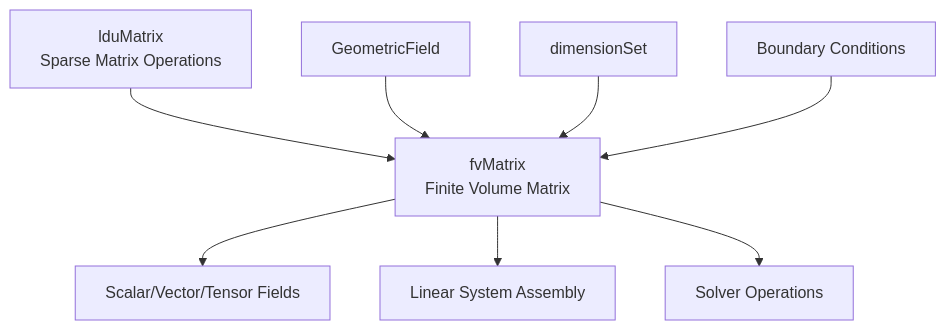
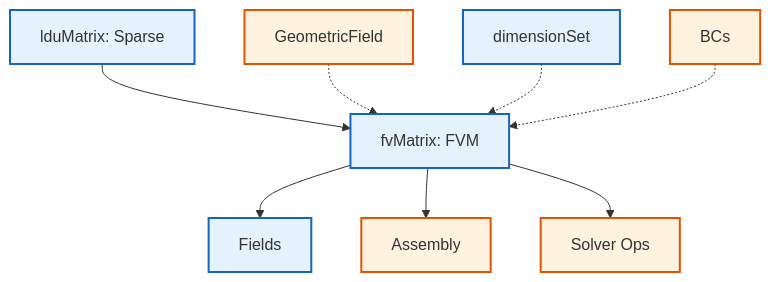
Before and after one commit to wramet/build-my-cfd: the first of 2 diagrams in MODULE_05_OPENFOAM_PROGRAMMING/CONTENT/06_MATRICES_LINEARALGEBRA/03_fvMatrix_Architecture.md, drawn with Mermaid. The commit also changed other lines of this file and 313 other files, not shown here.

Commit message:
Revise all diagram

````diff
--- a/MODULE_05_OPENFOAM_PROGRAMMING/CONTENT/06_MATRICES_LINEARALGEBRA/03_fvMatrix_Architecture.md
+++ b/MODULE_05_OPENFOAM_PROGRAMMING/CONTENT/06_MATRICES_LINEARALGEBRA/03_fvMatrix_Architecture.md
@@ -12,11 +12,14 @@
 ```mermaid
 flowchart TD
-    A[lduMatrix<br/>Sparse Matrix Operations] --> B[fvMatrix<br/>Finite Volume Matrix]
-    C[GeometricField] --> B
-    D[dimensionSet] --> B
-    E[Boundary Conditions] --> B
-
-    B --> F[Scalar/Vector/Tensor Fields]
-    B --> G[Linear System Assembly]
-    B --> H[Solver Operations]
+%% Classes
+classDef explicit fill:#fff3e0,stroke:#e65100,stroke-width:2px;
+classDef implicit fill:#e3f2fd,stroke:#1565c0,stroke-width:2px;
+%% Nodes
+A[lduMatrix: Sparse]:::implicit --> B[fvMatrix: FVM]:::implicit
+C[GeometricField]:::explicit -.-> B
+D[dimensionSet]:::implicit -.-> B
+E[BCs]:::explicit -.-> B
+B --> F[Fields]:::implicit
+B --> G[Assembly]:::explicit
+B --> H[Solver Ops]:::explicit
 ```
````
